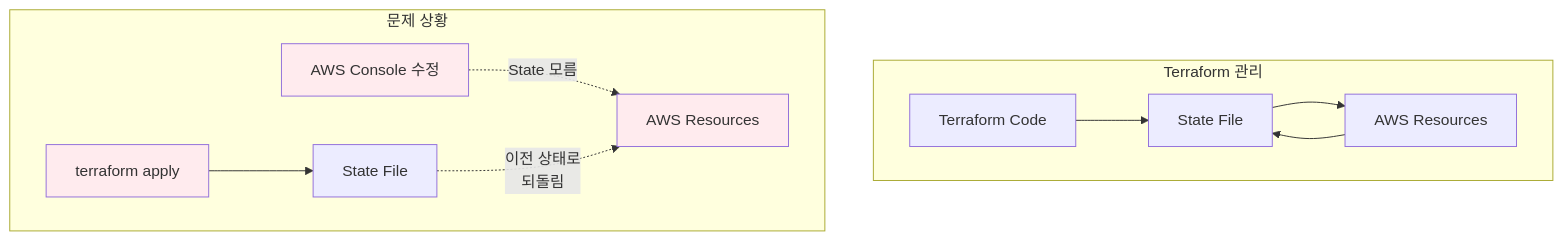
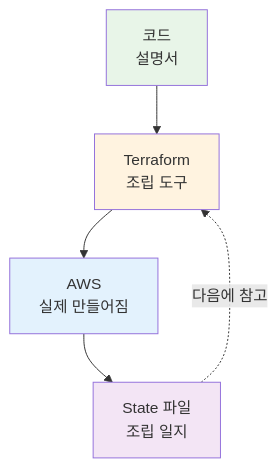
Before and after one commit to niceguy61/kdt_devops_lecture_2025: the fourth of 4 diagrams in theory/november/week_02/day1/session_3.md, drawn with Mermaid. The commit also changed other lines of this file, not shown here.

````diff
--- a/theory/november/week_02/day1/session_3.md
+++ b/theory/november/week_02/day1/session_3.md
@@ -305,18 +332,12 @@
 ```mermaid
 graph TB
-    subgraph "Terraform 관리"
-        TF[Terraform Code] --> State[State File]
-        State --> AWS1[AWS Resources]
-        AWS1 --> State
-    end
+    A[코드<br/>설명서] --> B[Terraform<br/>조립 도구]
+    B --> C[AWS<br/>실제 만들어짐]
+    C --> D[State 파일<br/>조립 일지]
+    D -.->|다음에 참고| B
     
-    subgraph "문제 상황"
-        Console[AWS Console 수정] -.->|State 모름| AWS2[AWS Resources]
-        TF2[terraform apply] --> State2[State File]
-        State2 -.->|이전 상태로<br/>되돌림| AWS2
-    end
-    
-    style Console fill:#ffebee
-    style AWS2 fill:#ffebee
-    style TF2 fill:#ffebee
+    style A fill:#e8f5e8
+    style B fill:#fff3e0
+    style C fill:#e3f2fd
+    style D fill:#f3e5f5
 ```
````
